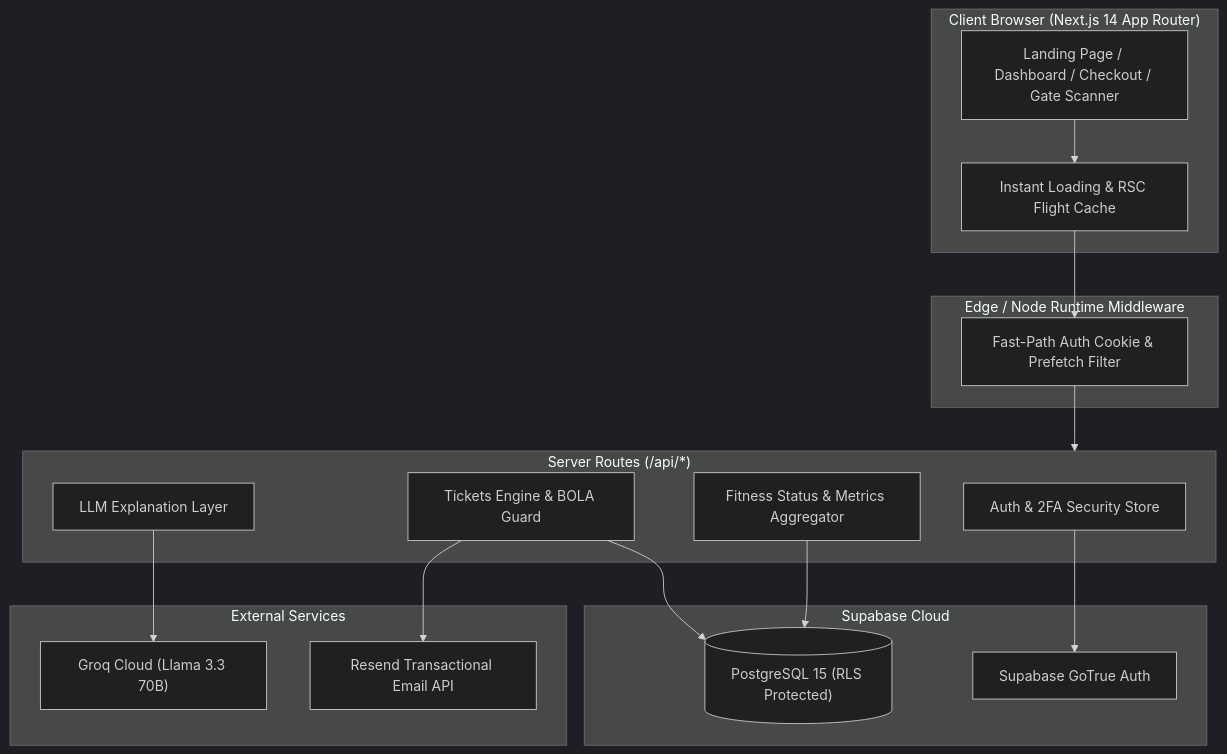
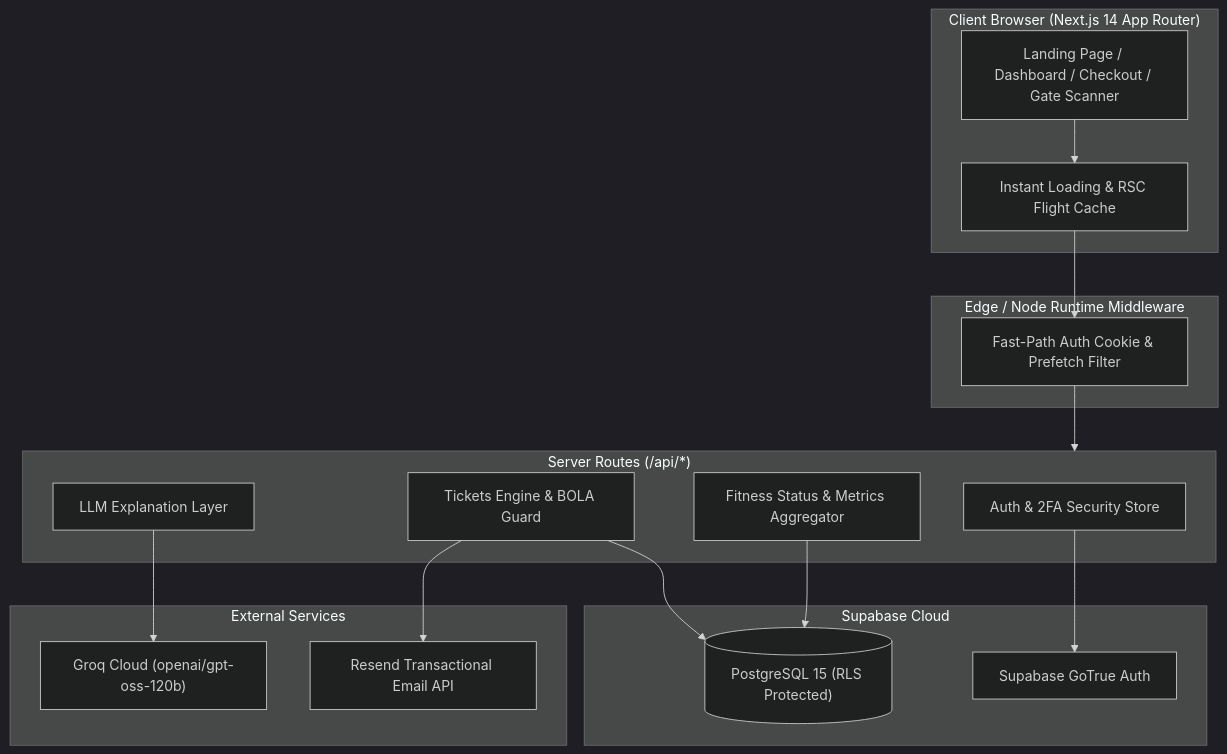
The diagram in README.md (Rifatkim/StrideTix), drawn with Mermaid (dark theme) before and after one commit. The commit also changed other lines of this file, not shown here.

Commit message:
docs: update Groq model reference in README to openai/gpt-oss-120b to match .env

````diff
--- a/README.md
+++ b/README.md
@@ -52,35 +52,35 @@
 ```mermaid
 flowchart TD
     subgraph Client ["Client Browser (Next.js 14 App Router)"]
         UI["Landing Page / Dashboard / Checkout / Gate Scanner"]
         RSC["Instant Loading & RSC Flight Cache"]
     end
 
     subgraph Middleware ["Edge / Node Runtime Middleware"]
         MW["Fast-Path Auth Cookie & Prefetch Filter"]
     end
 
     subgraph Backend ["Server Routes (/api/*)"]
         AUTH["Auth & 2FA Security Store"]
         TICKETS["Tickets Engine & BOLA Guard"]
         FITNESS["Fitness Status & Metrics Aggregator"]
         GROQ["LLM Explanation Layer"]
     end
 
     subgraph Database ["Supabase Cloud"]
         PG[("PostgreSQL 15 (RLS Protected)")]
         AUTH_DB["Supabase GoTrue Auth"]
     end
 
     subgraph External ["External Services"]
-        GROQ_API["Groq Cloud (Llama 3.3 70B)"]
+        GROQ_API["Groq Cloud (openai/gpt-oss-120b)"]
         RESEND["Resend Transactional Email API"]
     end
 
     UI --> RSC --> MW --> Backend
     AUTH --> AUTH_DB
     TICKETS --> PG
     FITNESS --> PG
     TICKETS --> RESEND
     GROQ --> GROQ_API
 ```
````
